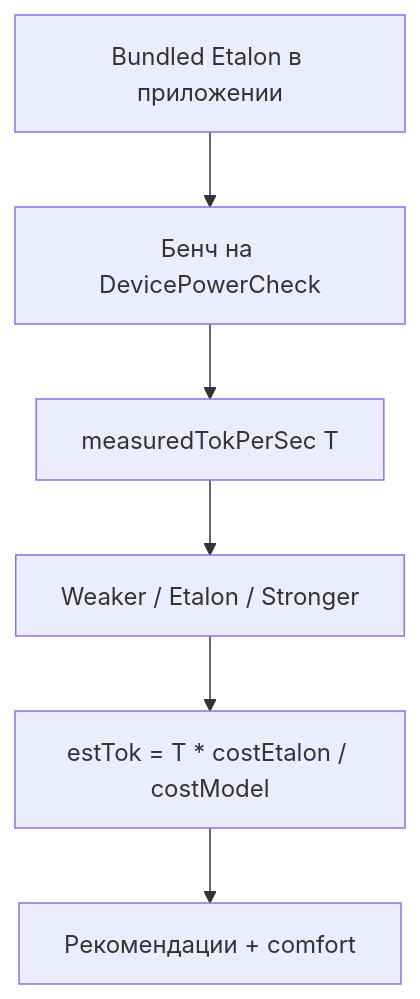
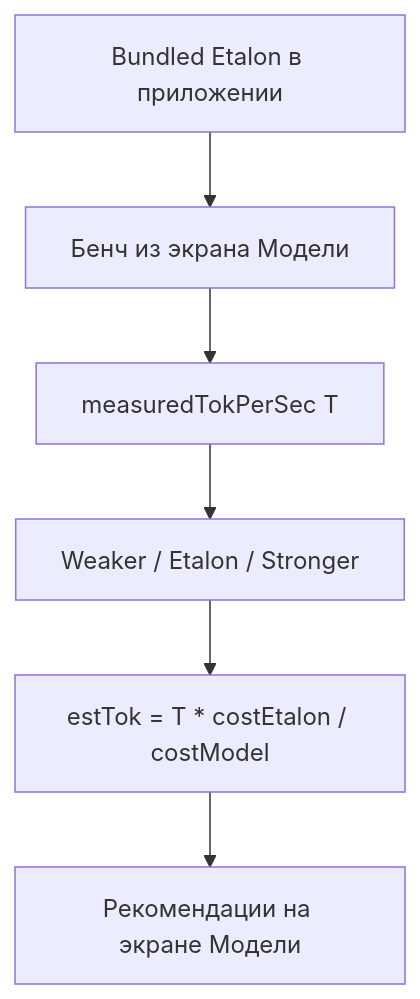
Before and after one commit to Uzopb/ragg: the second of 3 diagrams in docs/PLAN.md, drawn with Mermaid. The commit also changed other lines of this file and 3 other files, not shown here.

````diff
--- a/docs/PLAN.md
+++ b/docs/PLAN.md
@@ -339,8 +344,8 @@
 ```mermaid
 flowchart TD
-  Bundled[Bundled Etalon в приложении] --> Bench[Бенч на DevicePowerCheck]
+  Bundled[Bundled Etalon в приложении] --> Bench[Бенч из экрана Модели]
   Bench --> T[measuredTokPerSec T]
   T --> Rank[Weaker / Etalon / Stronger]
   Rank --> Est["estTok = T * costEtalon / costModel"]
-  Est --> UI[Рекомендации + comfort]
+  Est --> UI[Рекомендации на экране Модели]
 ```
````
